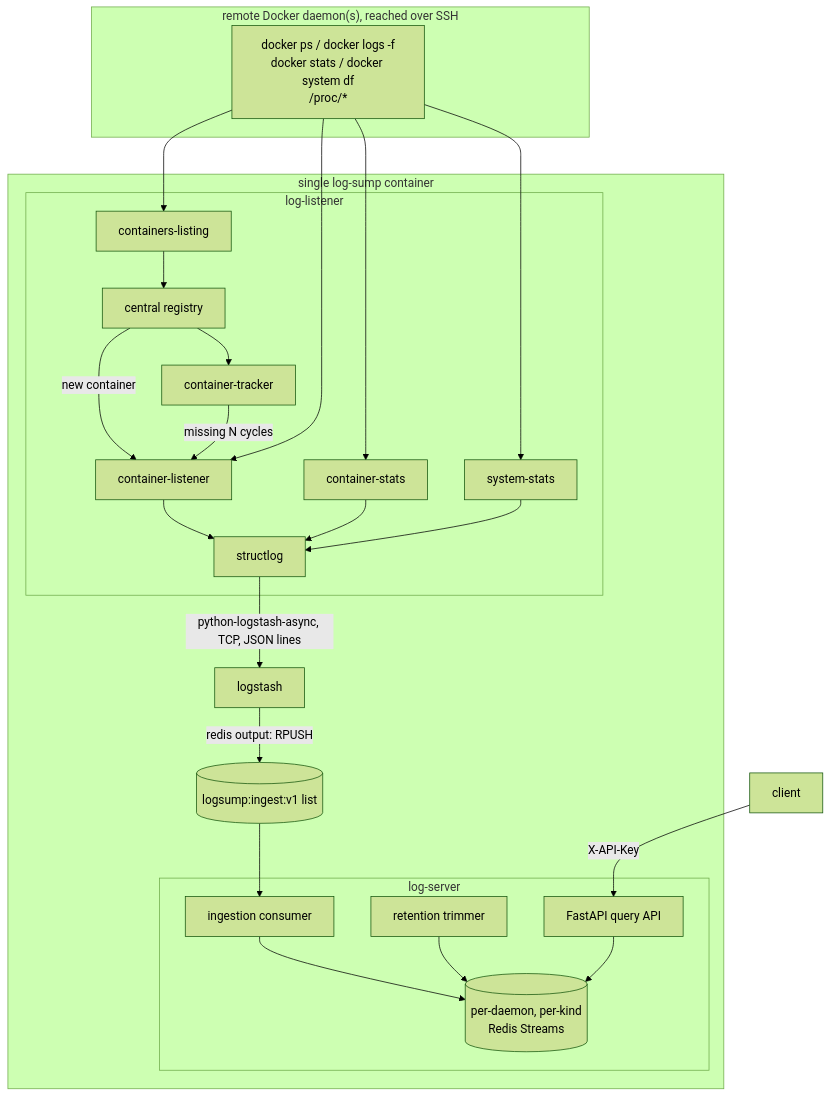
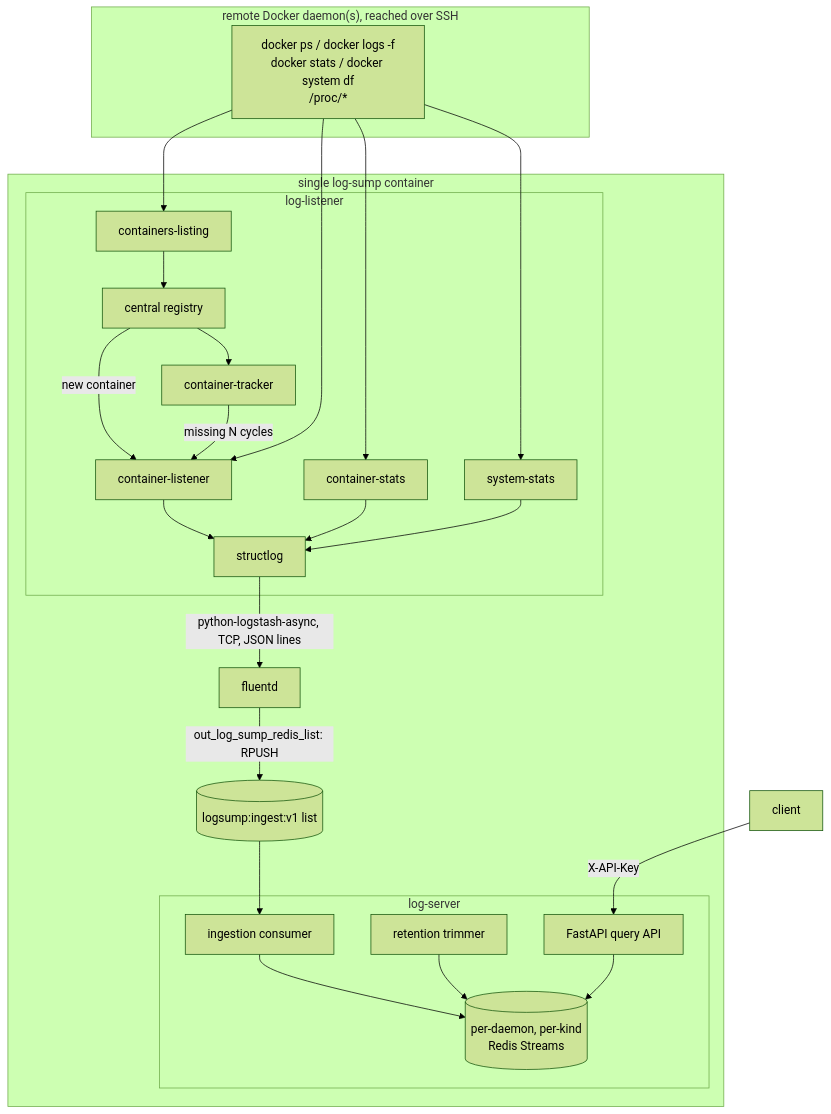
Before and after one commit to oliben67/log-sump: the diagram in docs/architecture.md, drawn with Mermaid (forest theme). The commit also changed other lines of this file and 18 other files, not shown here.

First line of the commit message:
feat!: replace Logstash with Fluentd in the transport/parse stage

````diff
--- a/docs/architecture.md
+++ b/docs/architecture.md
@@ -11,36 +11,36 @@
 ```mermaid
 flowchart TB
     subgraph daemon["remote Docker daemon(s), reached over SSH"]
         D1[docker ps / docker logs -f<br/>docker stats / docker system df<br/>/proc/*]
     end
 
     subgraph container["single log-sump container"]
         subgraph listener["log-listener"]
             CL[containers-listing] --> REG[central registry]
             REG -->|new container| CT2[spawn container-listener]
             REG --> TRK[container-tracker]
             TRK -->|missing N cycles| CT2
             CT2[container-listener] --> SL[structlog]
             CS[container-stats] --> SL
             SS[system-stats] --> SL
         end
 
-        SL -->|python-logstash-async, TCP, JSON lines| LS[logstash]
-        LS -->|redis output: RPUSH| RL[(logsump:ingest:v1 list)]
+        SL -->|python-logstash-async, TCP, JSON lines| LS[fluentd]
+        LS -->|out_log_sump_redis_list: RPUSH| RL[(logsump:ingest:v1 list)]
 
         subgraph server["log-server"]
             CONS[ingestion consumer] --> STREAMS
             TRIM[retention trimmer] --> STREAMS
             API[FastAPI query API] --> STREAMS
         end
 
         RL --> CONS
         STREAMS[(per-daemon, per-kind<br/>Redis Streams)]
     end
 
     D1 --> CL
     D1 --> CT2
     D1 --> CS
     D1 --> SS
     CLIENT[client] -->|X-API-Key| API
 ```
````
